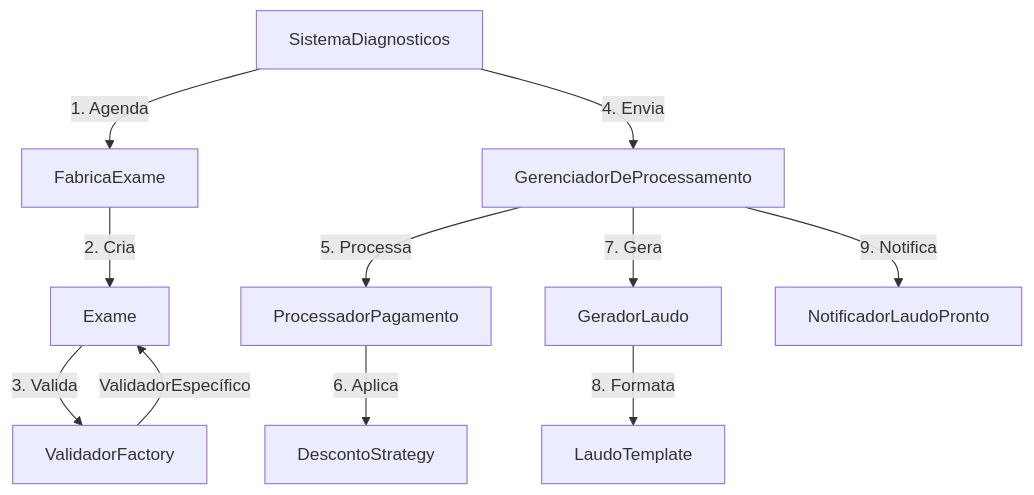
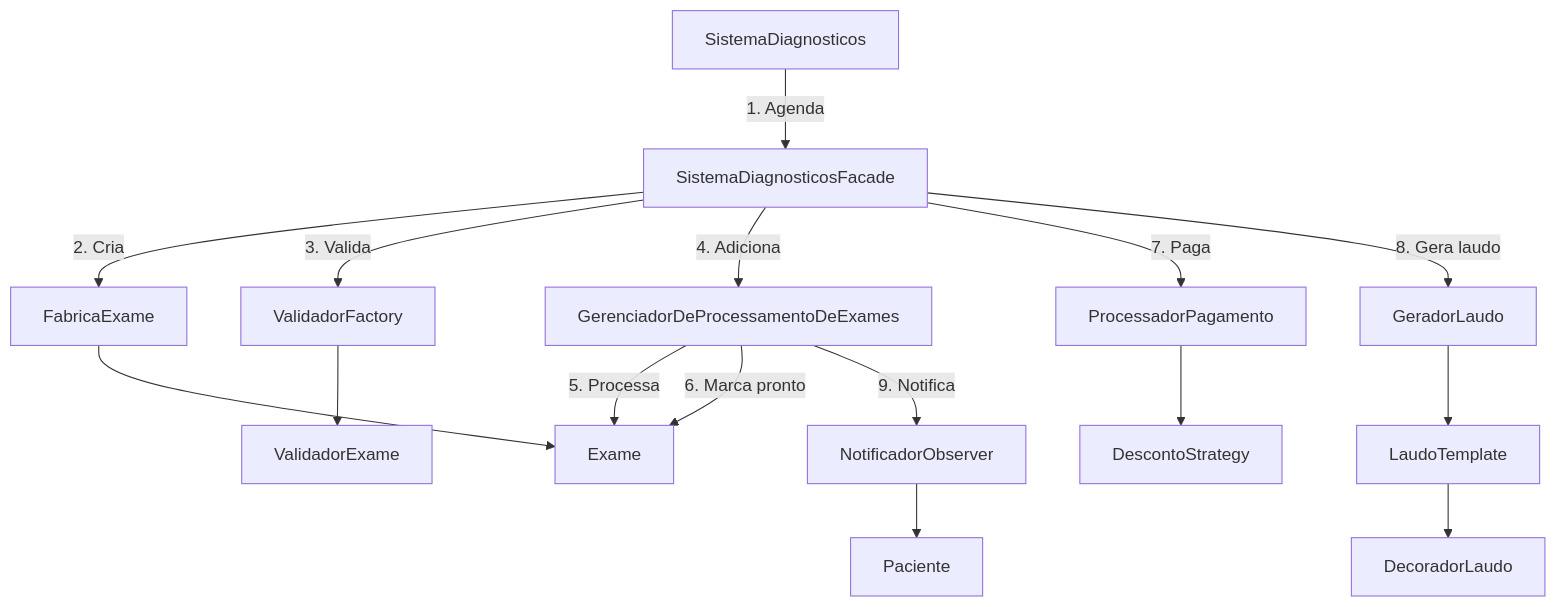
The diagram in README.md (araujo-angel/IFDiagnosticos), drawn with Mermaid before and after one commit. The commit also changed other lines of this file and 8 other files, not shown here.

Commit message:
atualização no readme e no diagrama

````diff
--- a/README.md
+++ b/README.md
@@ -19,13 +98,22 @@
 ```mermaid
 flowchart TD
-    SistemaDiagnosticos -->|1. Agenda| FabricaExame
-    FabricaExame -->|2. Cria| Exame
-    Exame -->|3. Valida| ValidadorFactory
-    ValidadorFactory -->|ValidadorEspecífico| Exame
-    SistemaDiagnosticos -->|4. Envia| GerenciadorDeProcessamento
-    GerenciadorDeProcessamento -->|5. Processa| ProcessadorPagamento
-    ProcessadorPagamento -->|6. Aplica| DescontoStrategy
-    GerenciadorDeProcessamento -->|7. Gera| GeradorLaudo
-    GeradorLaudo -->|8. Formata| LaudoTemplate
-    GerenciadorDeProcessamento -->|9. Notifica| NotificadorLaudoPronto
+    SistemaDiagnosticos -->|1. Agenda| SistemaDiagnosticosFacade
+    SistemaDiagnosticosFacade -->|2. Cria| FabricaExame
+    FabricaExame --> Exame
+    SistemaDiagnosticosFacade -->|3. Valida| ValidadorFactory
+    ValidadorFactory --> ValidadorExame
+
+    SistemaDiagnosticosFacade -->|4. Adiciona| GerenciadorDeProcessamentoDeExames
+    GerenciadorDeProcessamentoDeExames -->|5. Processa| Exame
+    GerenciadorDeProcessamentoDeExames -->|6. Marca pronto| Exame
+
+    SistemaDiagnosticosFacade -->|7. Paga| ProcessadorPagamento
+    ProcessadorPagamento --> DescontoStrategy
+
+    SistemaDiagnosticosFacade -->|8. Gera laudo| GeradorLaudo
+    GeradorLaudo --> LaudoTemplate
+    LaudoTemplate --> DecoradorLaudo
+
+    GerenciadorDeProcessamentoDeExames -->|9. Notifica| NotificadorObserver
+    NotificadorObserver --> Paciente
 ```
````
